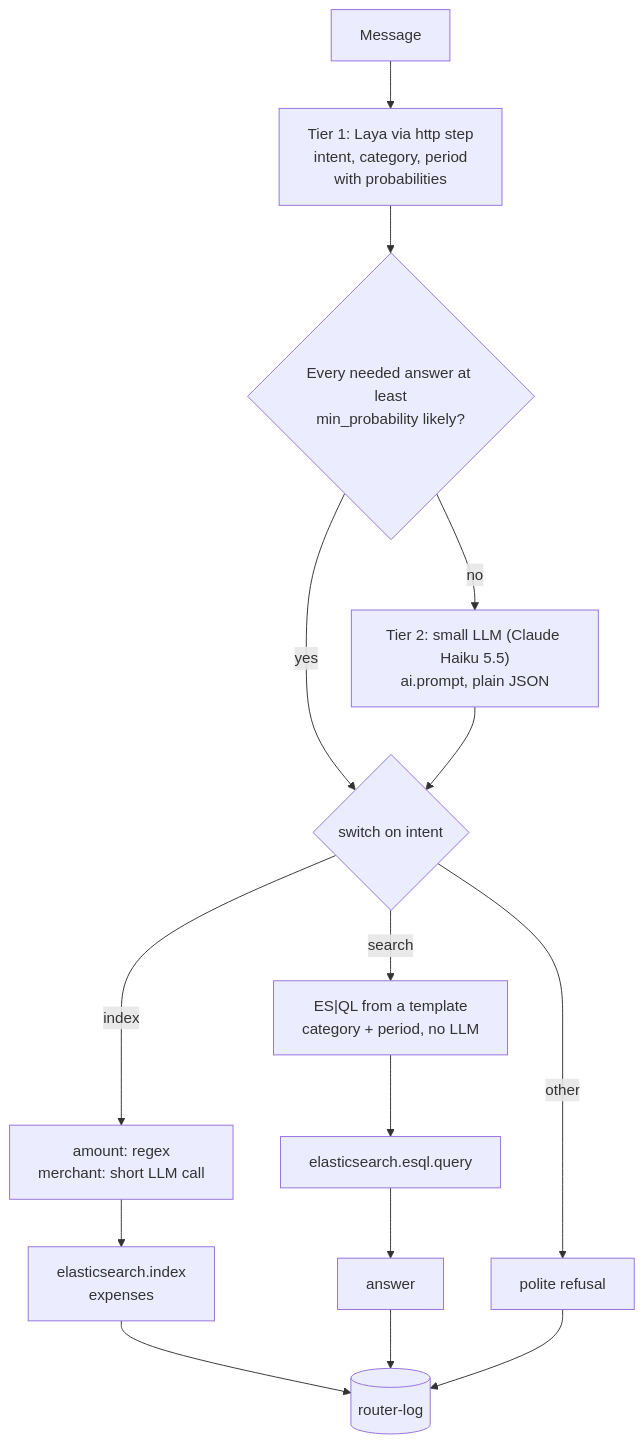
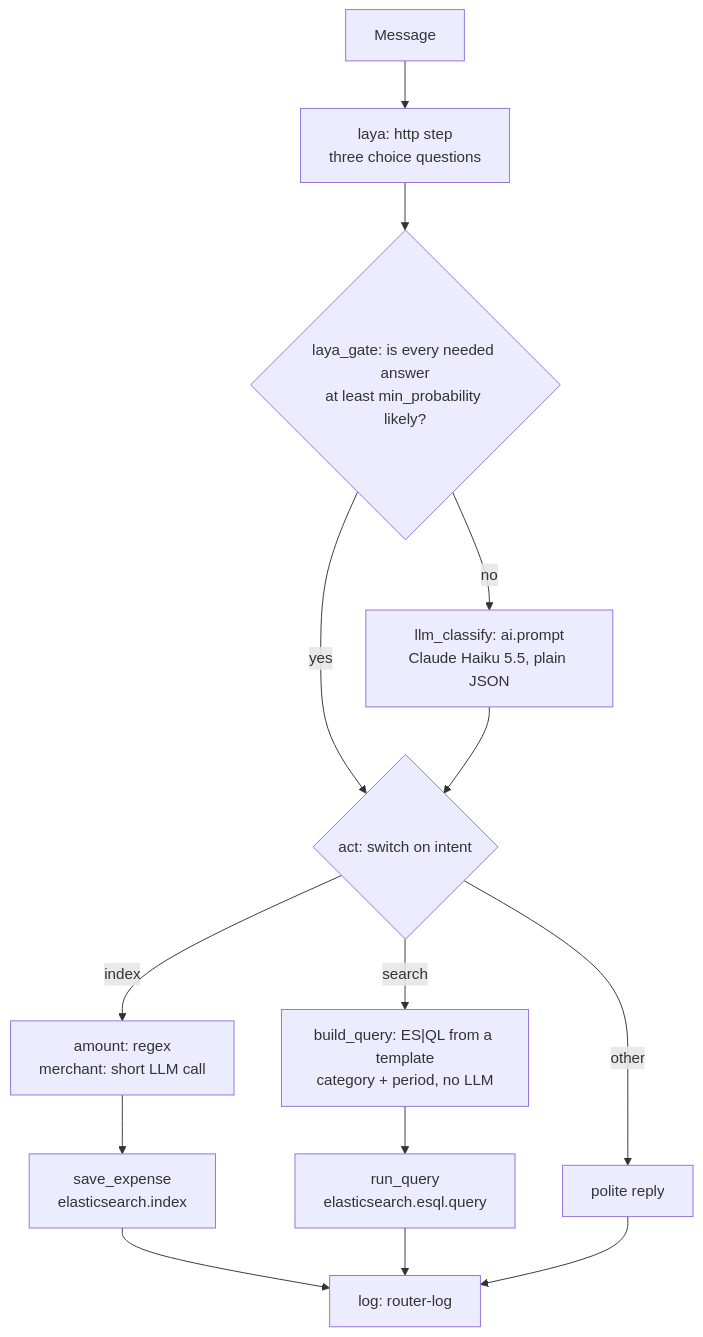
The second of 2 diagrams in README.md (Som23Git/two-tier-router-orchestration), drawn with Mermaid before and after one commit. The commit also changed other lines of this file and 11 other files, not shown here.

````diff
--- a/README.md
+++ b/README.md
@@ -67,13 +252,13 @@
 ```mermaid
 flowchart TD
-    U["Message"] --> L["Tier 1: Laya via http step<br/>intent, category, period<br/>with probabilities"]
-    L --> G{"Every needed answer at least<br/>min_probability likely?"}
-    G -- yes --> S{"switch on intent"}
-    G -- no --> F["Tier 2: small LLM (Claude Haiku 5.5)<br/>ai.prompt, plain JSON"] --> S
-    S -- index --> X["amount: regex<br/>merchant: short LLM call"] --> IX["elasticsearch.index<br/>expenses"]
-    S -- search --> Q["ES|QL from a template<br/>category + period, no LLM"] --> EQ["elasticsearch.esql.query"] --> A["answer"]
-    S -- other --> O["polite refusal"]
-    IX --> LOG[("router-log")]
-    A --> LOG
+    U["Message"] --> L["laya: http step<br/>three choice questions"]
+    L --> G{"laya_gate: is every needed answer<br/>at least min_probability likely?"}
+    G -- yes --> S{"act: switch on intent"}
+    G -- no --> F["llm_classify: ai.prompt<br/>Claude Haiku 5.5, plain JSON"] --> S
+    S -- index --> X["amount: regex<br/>merchant: short LLM call"] --> IX["save_expense<br/>elasticsearch.index"]
+    S -- search --> Q["build_query: ES|QL from a template<br/>category + period, no LLM"] --> EQ["run_query<br/>elasticsearch.esql.query"]
+    S -- other --> O["polite reply"]
+    IX --> LOG["log: router-log"]
+    EQ --> LOG
     O --> LOG
 ```
````
